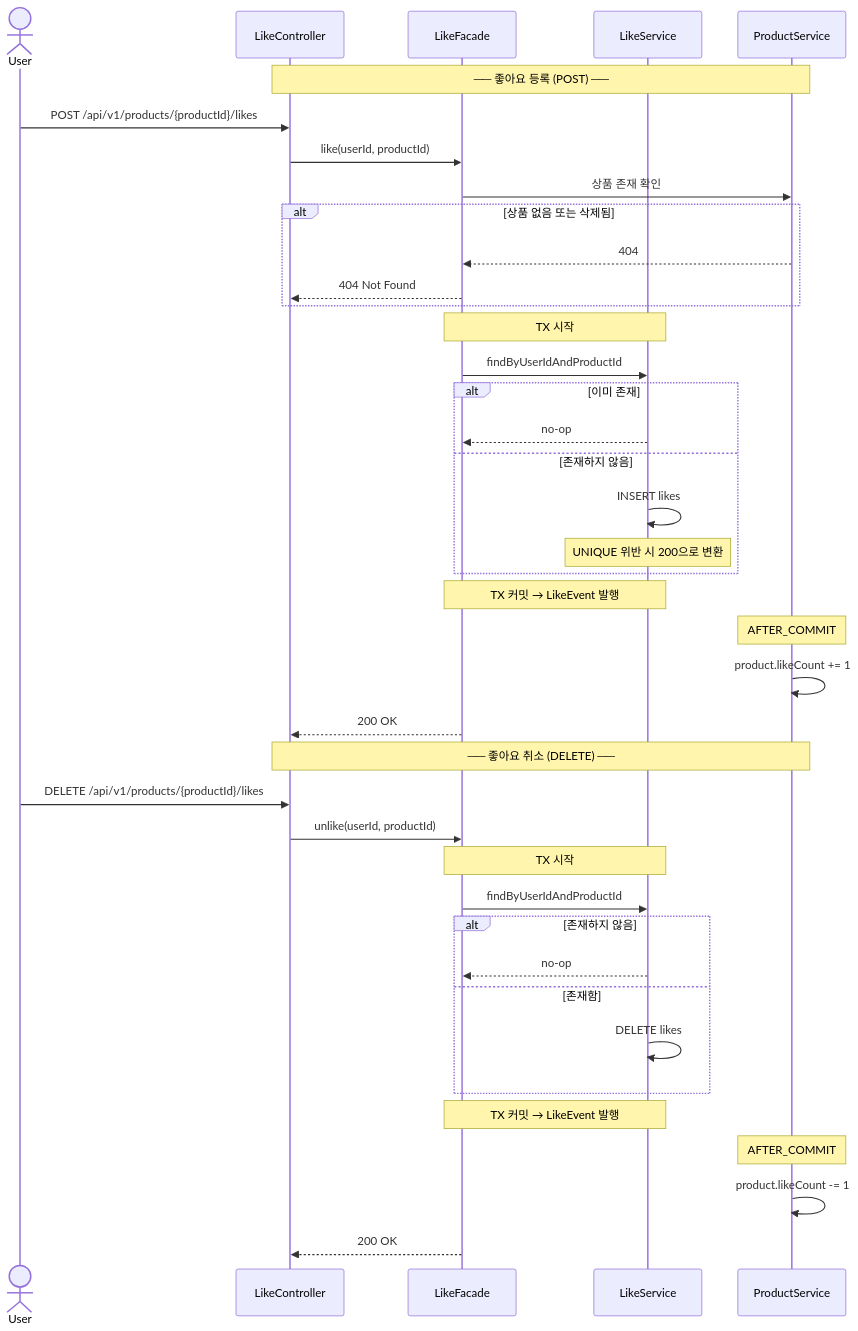
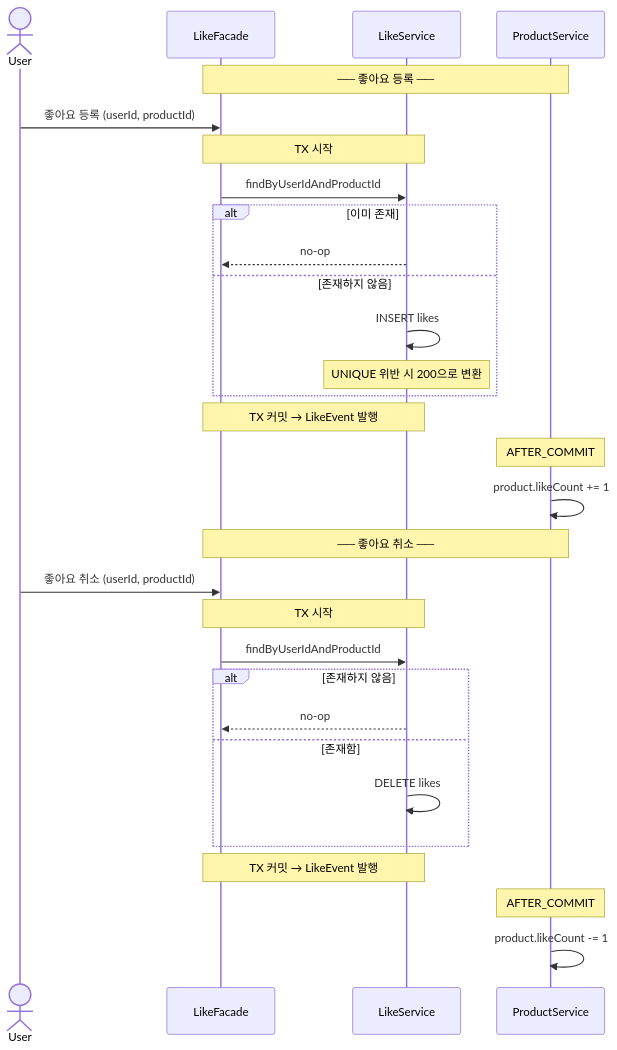
One commit to yeonjoo7/loop-pack-be-l2-vol4-kotlin changed the first of 2 diagrams in docs/week2/02-sequence-diagrams.md. Above: the diagram before and after it, drawn with Mermaid.

Commit message:
docs: simplify like sequence diagram
- API 경로 및 404 에러 분기 제거
- Controller 레이어 제거, Facade부터 시작
- 멱등성 처리와 AFTER_COMMIT 갱신 흐름에 집중

https://claude.ai/code/session_019WBWjefkgawTKtp8sDjSwL

````diff
--- a/docs/week2/02-sequence-diagrams.md
+++ b/docs/week2/02-sequence-diagrams.md
@@ -13,47 +13,36 @@
 ```mermaid
 sequenceDiagram
     actor User
-    participant API as LikeController
     participant Facade as LikeFacade
     participant LikeSvc as LikeService
     participant ProdSvc as ProductService
 
-    Note over API,ProdSvc: ── 좋아요 등록 (POST) ──
+    Note over Facade,ProdSvc: ── 좋아요 등록 ──
 
-    User->>API: POST /api/v1/products/{productId}/likes
-    API->>Facade: like(userId, productId)
-    Facade->>ProdSvc: 상품 존재 확인
-    alt 상품 없음 또는 삭제됨
-        ProdSvc-->>Facade: 404
-        Facade-->>API: 404 Not Found
-    end
-
+    User->>Facade: 좋아요 등록 (userId, productId)
     Note over Facade,LikeSvc: TX 시작
     Facade->>LikeSvc: findByUserIdAndProductId
     alt 이미 존재
         LikeSvc-->>Facade: no-op
     else 존재하지 않음
         LikeSvc->>LikeSvc: INSERT likes
         Note over LikeSvc: UNIQUE 위반 시 200으로 변환
     end
     Note over Facade,LikeSvc: TX 커밋 → LikeEvent 발행
     Note over ProdSvc: AFTER_COMMIT
     ProdSvc->>ProdSvc: product.likeCount += 1
-    Facade-->>API: 200 OK
 
-    Note over API,ProdSvc: ── 좋아요 취소 (DELETE) ──
+    Note over Facade,ProdSvc: ── 좋아요 취소 ──
 
-    User->>API: DELETE /api/v1/products/{productId}/likes
-    API->>Facade: unlike(userId, productId)
+    User->>Facade: 좋아요 취소 (userId, productId)
     Note over Facade,LikeSvc: TX 시작
     Facade->>LikeSvc: findByUserIdAndProductId
     alt 존재하지 않음
         LikeSvc-->>Facade: no-op
     else 존재함
         LikeSvc->>LikeSvc: DELETE likes
     end
     Note over Facade,LikeSvc: TX 커밋 → LikeEvent 발행
     Note over ProdSvc: AFTER_COMMIT
     ProdSvc->>ProdSvc: product.likeCount -= 1
-    Facade-->>API: 200 OK
 ```
````
